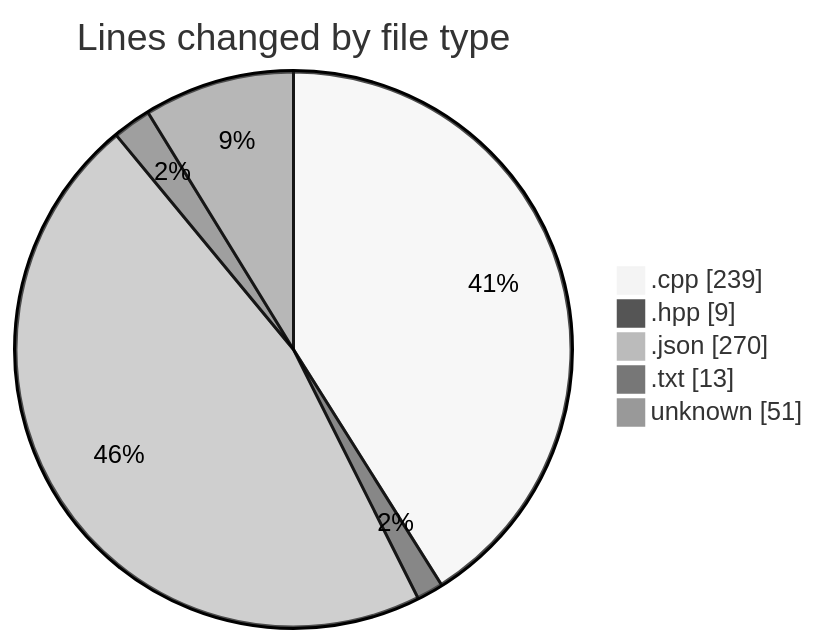
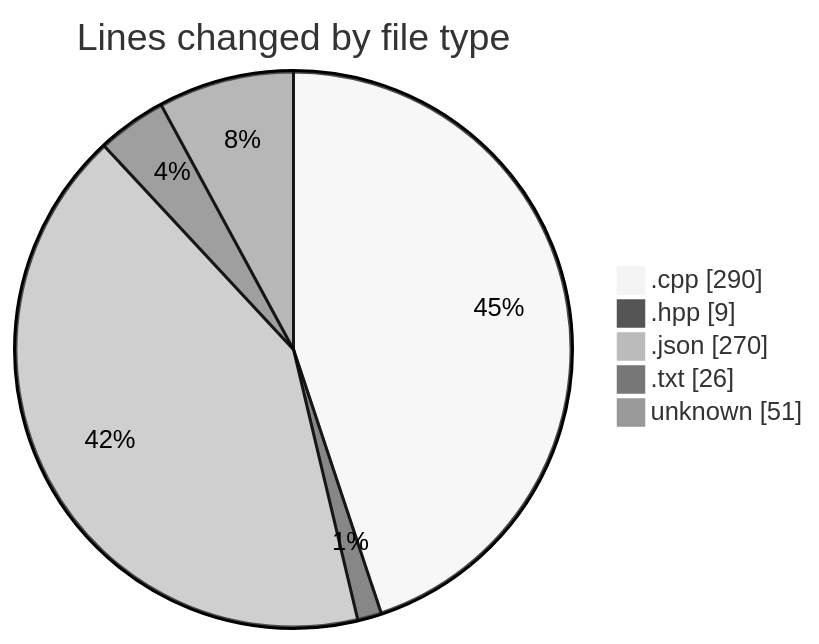
The first of 2 diagrams in 2025-04-06/echo/README.md (Netris89/code-tracking), drawn with Mermaid (neutral theme) before and after one commit. The commit also changed other lines of this file and 1 other file, not shown here.

````diff
--- a/2025-04-06/echo/README.md
+++ b/2025-04-06/echo/README.md
@@ -25,9 +25,9 @@
 ```mermaid
 pie showData
 title Lines changed by file type
-".cpp" : 239
+".cpp" : 290
 ".hpp" : 9
 ".json" : 270
-".txt" : 13
+".txt" : 26
 "unknown" : 51
 ```
````
